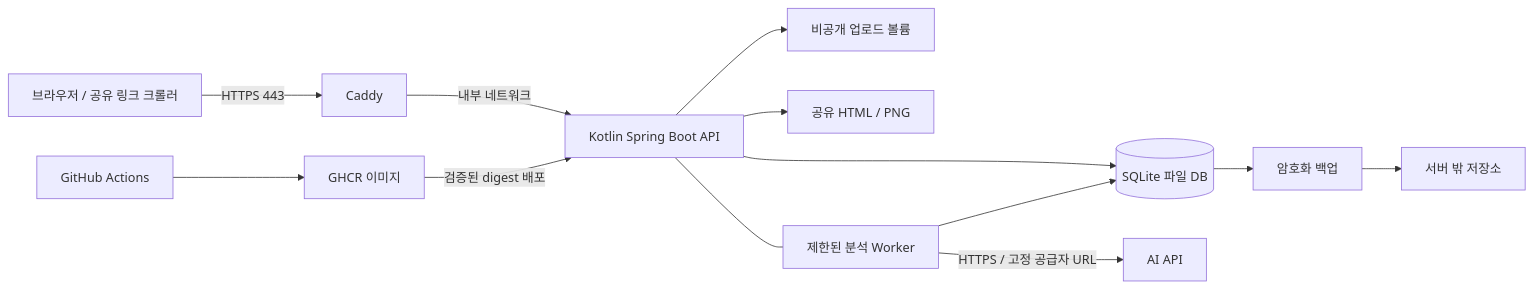
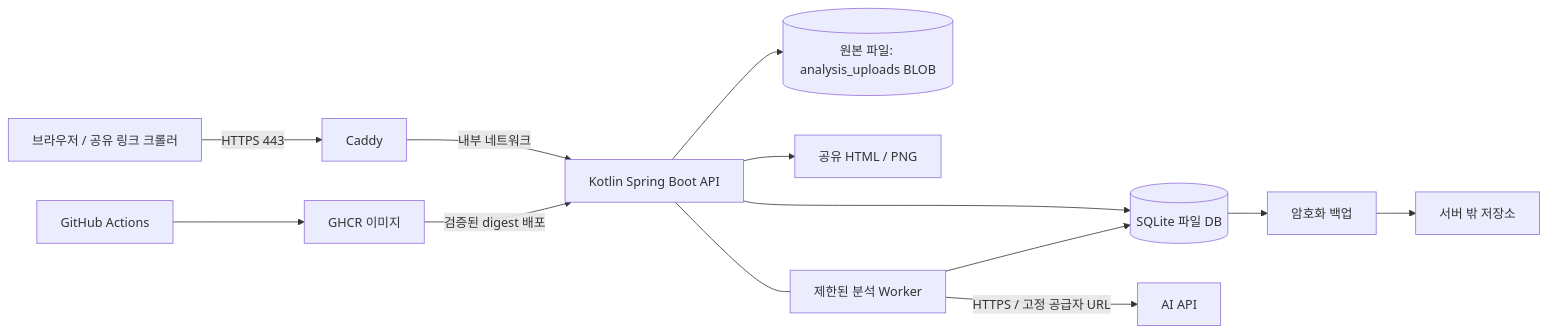
One commit to yooni9ue/santacut changed the diagram in backend/docs/system-architecture.md. Above: the diagram before and after it, drawn with Mermaid. The commit also changed other lines of this file and 5 other files, not shown here.

````diff
--- a/backend/docs/system-architecture.md
+++ b/backend/docs/system-architecture.md
@@ -28,15 +28,15 @@
 ```mermaid
 flowchart LR
   U[브라우저 / 공유 링크 크롤러] -->|HTTPS 443| C[Caddy]
   C -->|내부 네트워크| A[Kotlin Spring Boot API]
   A --> P[(SQLite 파일 DB)]
-  A --> V[비공개 업로드 볼륨]
+  A --> V[(원본 파일: analysis_uploads BLOB)]
   A --> G[공유 HTML / PNG]
   W[제한된 분석 Worker] --> P
   W -->|HTTPS / 고정 공급자 URL| AI[AI API]
   A --- W
   P --> B[암호화 백업]
   B --> O[서버 밖 저장소]
   GH[GitHub Actions] --> R[GHCR 이미지]
   R -->|검증된 digest 배포| A
 ```
````
